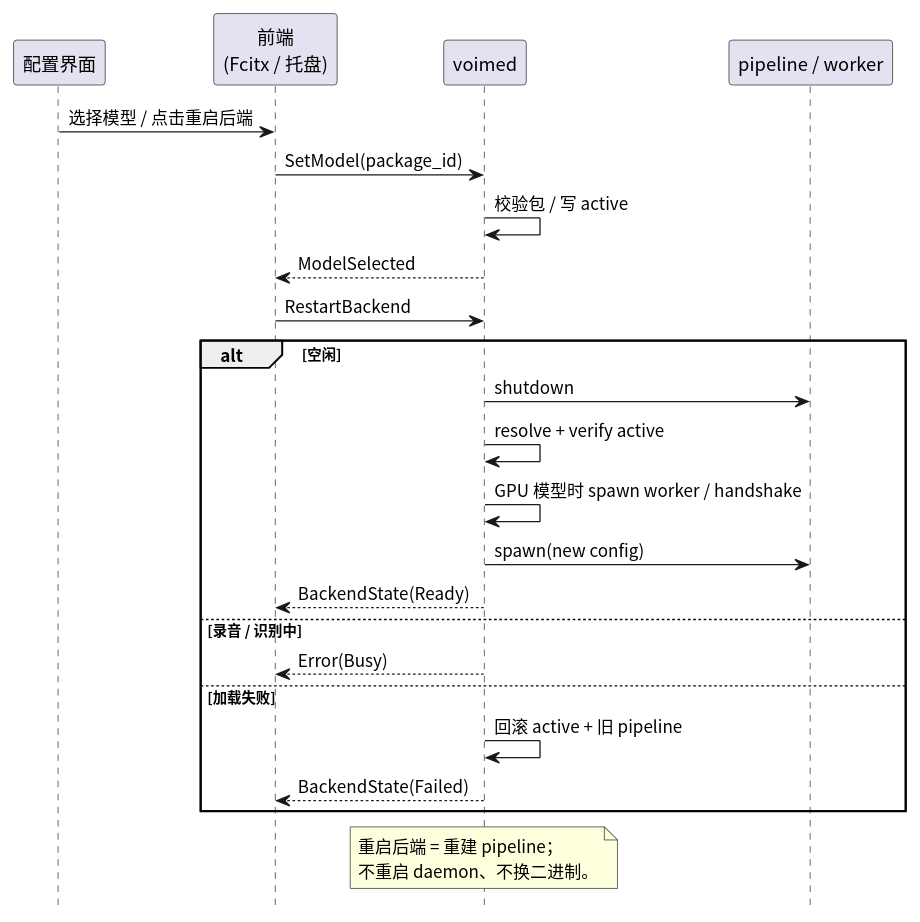
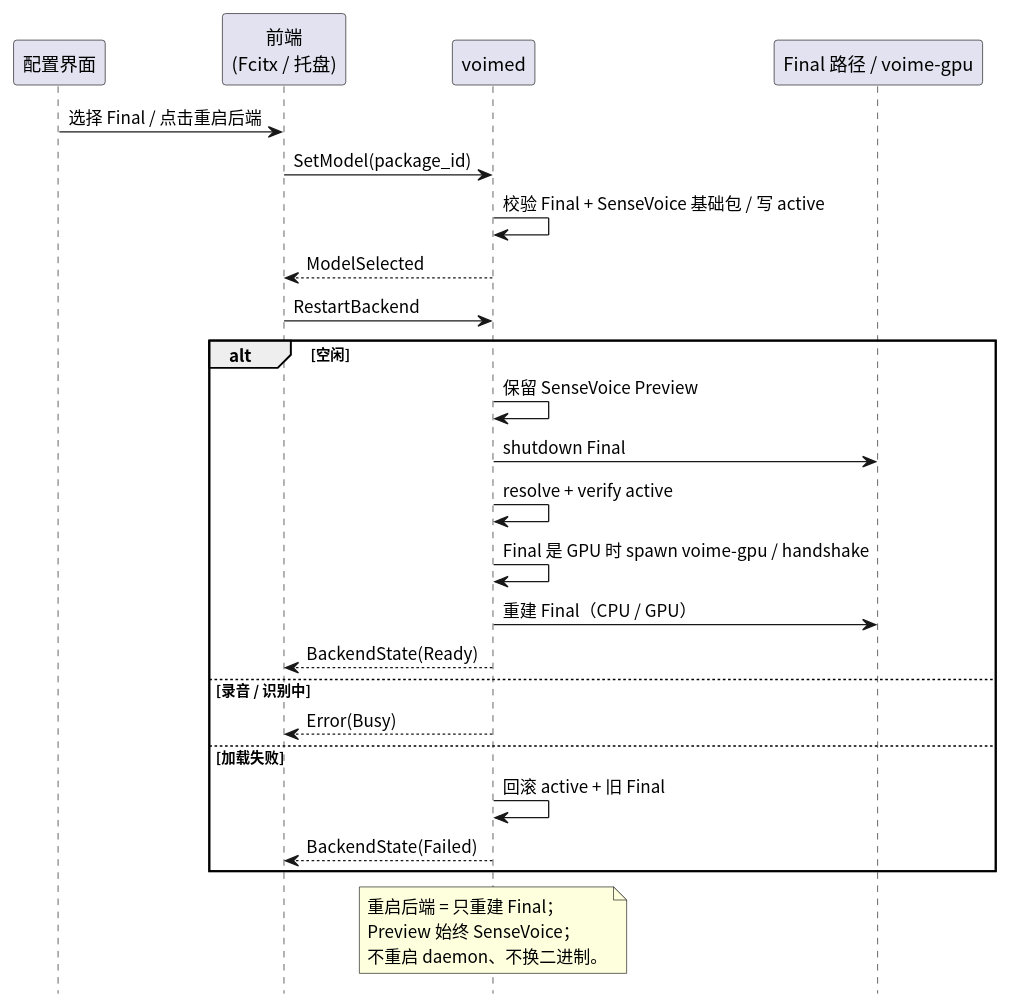
One commit to 54m43lJ/voime changed the diagram in diagram/backend-restart.puml. Above: the diagram before and after it, drawn with PlantUML. The commit also changed 6 other files, not shown here.

First line of the commit message:
docs: 调整 ASR v2 为 Preview/Final 分工与 voime-gpu

```diff
--- a/diagram/backend-restart.puml
+++ b/diagram/backend-restart.puml
@@ -1,32 +1,34 @@
 @startuml
 skinparam defaultFontName "Noto Sans CJK SC"
 skinparam shadowing false
 hide footbox
 
 participant "配置界面" as UI
 participant "前端\n(Fcitx / 托盘)" as Frontend
 participant "voimed" as Daemon
-participant "pipeline / worker" as Pipeline
+participant "Final 路径 / voime-gpu" as Pipeline
 
-UI -> Frontend : 选择模型 / 点击重启后端
+UI -> Frontend : 选择 Final / 点击重启后端
 Frontend -> Daemon : SetModel(package_id)
-Daemon -> Daemon : 校验包 / 写 active
+Daemon -> Daemon : 校验 Final + SenseVoice 基础包 / 写 active
 Daemon --> Frontend : ModelSelected
 Frontend -> Daemon : RestartBackend
 alt 空闲
-  Daemon -> Pipeline : shutdown
+  Daemon -> Daemon : 保留 SenseVoice Preview
+  Daemon -> Pipeline : shutdown Final
   Daemon -> Daemon : resolve + verify active
-  Daemon -> Daemon : GPU 模型时 spawn worker / handshake
-  Daemon -> Pipeline : spawn(new config)
+  Daemon -> Daemon : Final 是 GPU 时 spawn voime-gpu / handshake
+  Daemon -> Pipeline : 重建 Final（CPU / GPU）
   Daemon --> Frontend : BackendState(Ready)
 else 录音 / 识别中
   Daemon --> Frontend : Error(Busy)
 else 加载失败
-  Daemon -> Daemon : 回滚 active + 旧 pipeline
+  Daemon -> Daemon : 回滚 active + 旧 Final
   Daemon --> Frontend : BackendState(Failed)
 end
 note over Daemon
-  重启后端 = 重建 pipeline；
+  重启后端 = 只重建 Final；
+  Preview 始终 SenseVoice；
   不重启 daemon、不换二进制。
 end note
 @enduml
```
